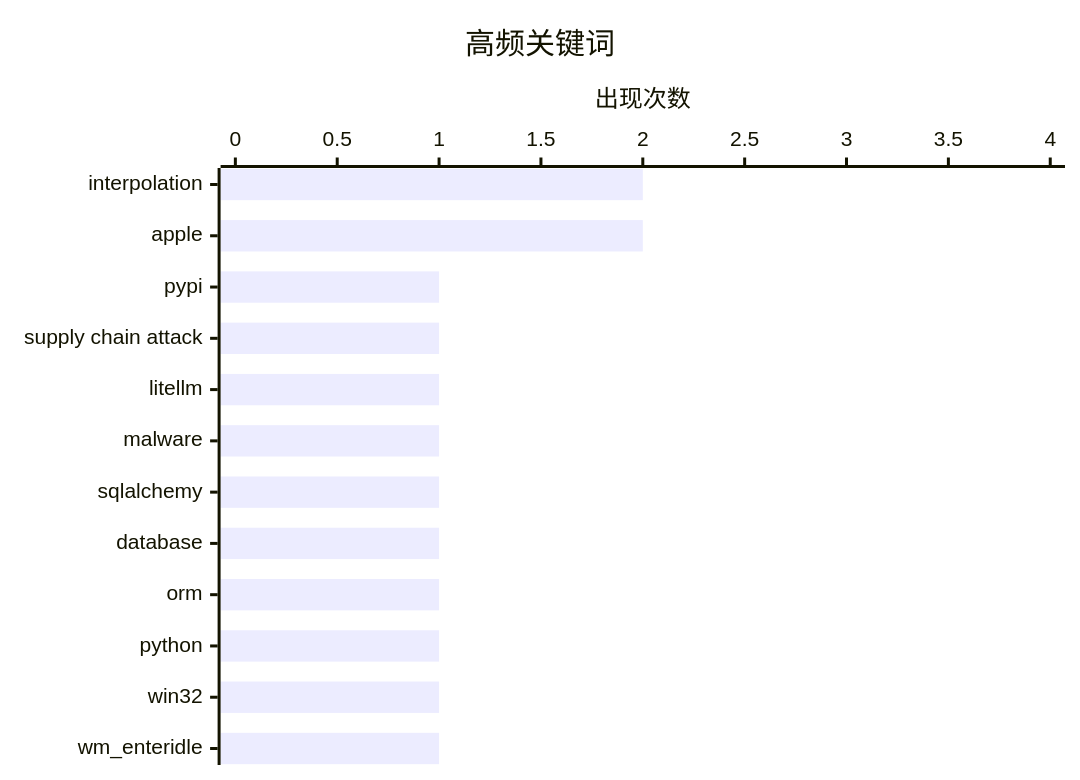
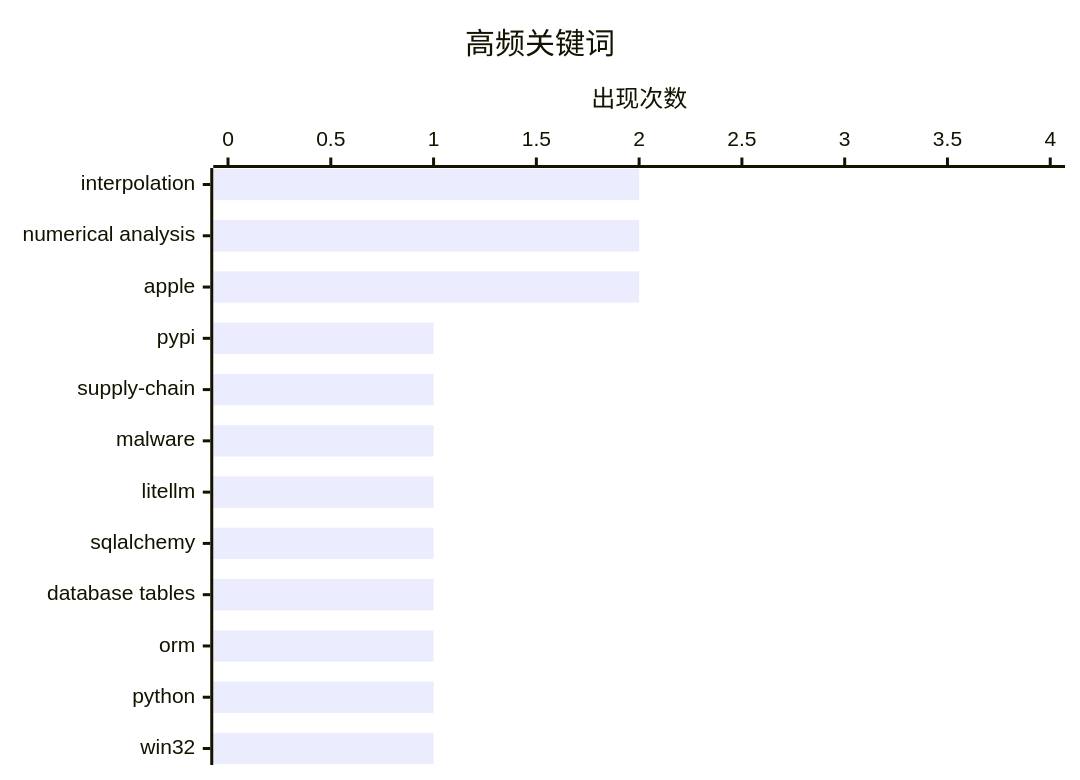
Before and after one commit to originem0/SZBlog: the second of 2 diagrams in content/ai-daily/2026-03-27.md, drawn with Mermaid. The commit also changed other lines of this file, not shown here.

````diff
--- a/content/ai-daily/2026-03-27.md
+++ b/content/ai-daily/2026-03-27.md
@@ -67,7 +69,7 @@
 ```mermaid
 xychart-beta horizontal
     title "高频关键词"
-    x-axis ["interpolation", "apple", "pypi", "supply chain attack", "litellm", "malware", "sqlalchemy", "database", "orm", "python", "win32", "wm_enteridle"]
+    x-axis ["interpolation", "numerical analysis", "apple", "pypi", "supply-chain", "malware", "litellm", "sqlalchemy", "database tables", "orm", "python", "win32"]
     y-axis "出现次数" 0 --> 4
-    bar [2, 2, 1, 1, 1, 1, 1, 1, 1, 1, 1, 1]
+    bar [2, 2, 2, 1, 1, 1, 1, 1, 1, 1, 1, 1]
 ```
````
